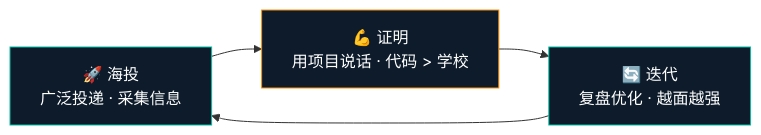
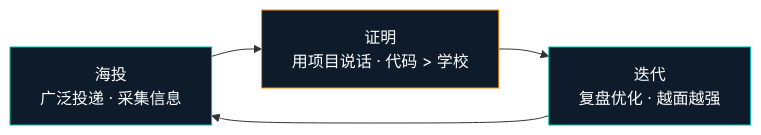
Before and after one commit to Destined-at-Dawn/career-breakthrough: the diagram in README.md, drawn with Mermaid. The commit also changed other lines of this file and 31 other files, not shown here.

````diff
--- a/README.md
+++ b/README.md
@@ -41,9 +41,9 @@
 ```mermaid
 graph LR
-    A["🚀 海投<br/>广泛投递 · 采集信息"] --> B["💪 证明<br/>用项目说话 · 代码 > 学校"]
-    B --> C["🔄 迭代<br/>复盘优化 · 越面越强"]
+    A[" 海投<br/>广泛投递 · 采集信息"] --> B[" 证明<br/>用项目说话 · 代码 > 学校"]
+    B --> C[" 迭代<br/>复盘优化 · 越面越强"]
     C --> A
     style A fill:#0D1B2A,stroke:#00BFA5,color:#fff
     style B fill:#0D1B2A,stroke:#FF8F00,color:#fff
     style C fill:#0D1B2A,stroke:#00BFA5,color:#fff
 ```
````
